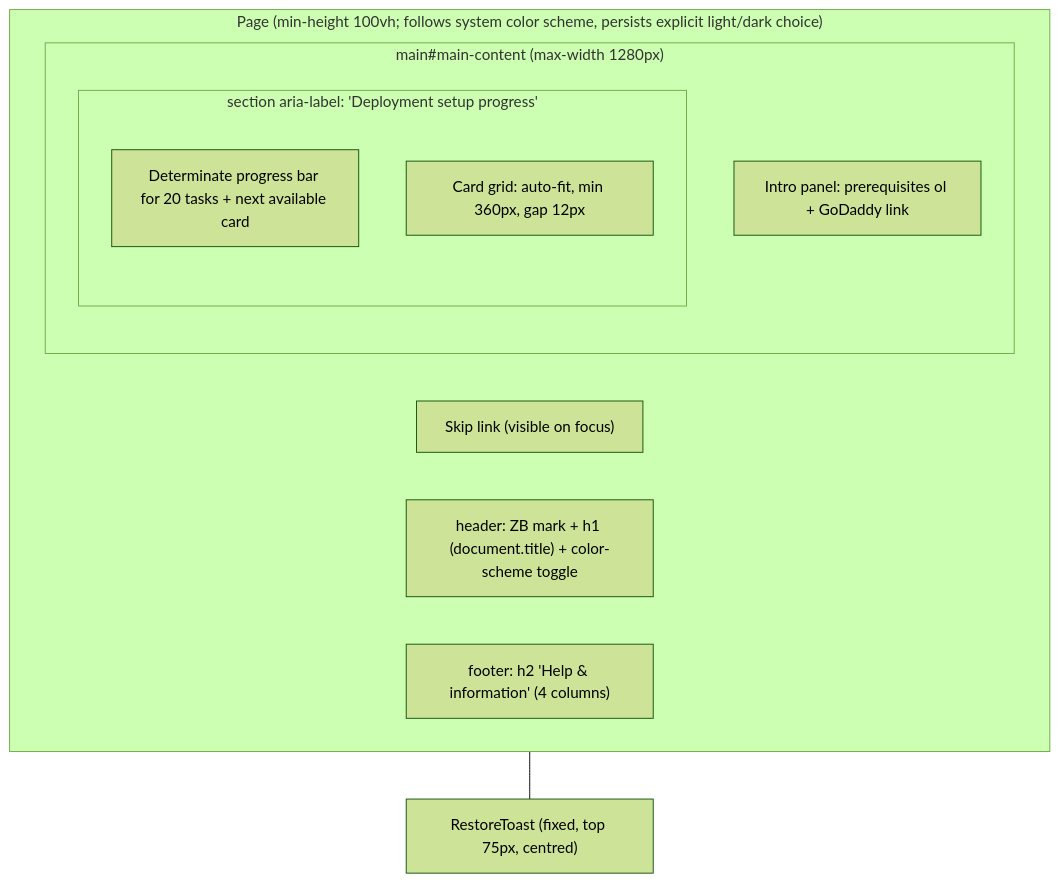
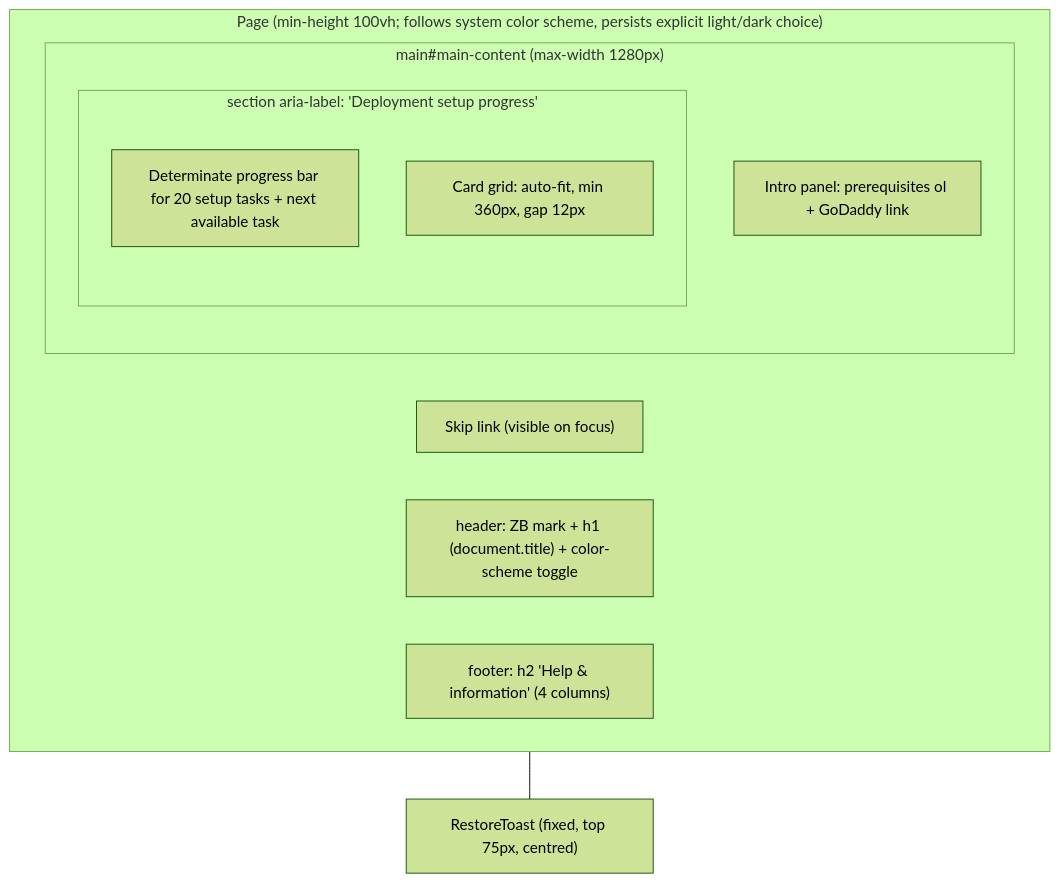
The first of 9 diagrams in zeninstallerPvt/ui/UI_UX.md (ZenMe-AU/ZenbloxCore), drawn with Mermaid (forest theme) before and after one commit. The commit also changed other lines of this file and 34 other files, not shown here.

````diff
--- a/zeninstallerPvt/ui/UI_UX.md
+++ b/zeninstallerPvt/ui/UI_UX.md
@@ -23,17 +23,17 @@
 ```mermaid
 flowchart TB
   subgraph Page["Page (min-height 100vh; follows system color scheme, persists explicit light/dark choice)"]
     Skip["Skip link (visible on focus)"]
     Header["header: ZB mark + h1 (document.title) + color-scheme toggle"]
     subgraph Main["main#main-content (max-width 1280px)"]
       Intro["Intro panel: prerequisites ol + GoDaddy link"]
       subgraph Section["section aria-label: 'Deployment setup progress'"]
-        Progress["Determinate progress bar for 20 tasks + next available card"]
+        Progress["Determinate progress bar for 20 setup tasks + next available task"]
         Grid["Card grid: auto-fit, min 360px, gap 12px"]
       end
     end
     Footer["footer: h2 'Help & information' (4 columns)"]
   end
   Toast["RestoreToast (fixed, top 75px, centred)"]
   Page --- Toast
 ```
````
